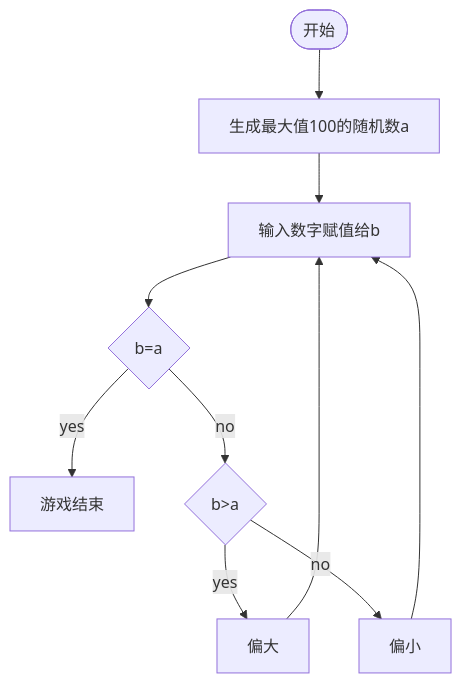
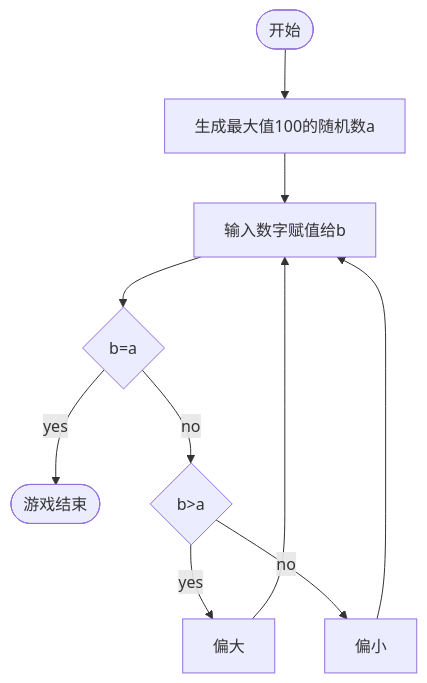
Before and after one commit to JhIcefair/Icefair-All-Game: the first of 2 diagrams in instruction.md, drawn with Mermaid. The commit also changed other lines of this file, not shown here.

````diff
--- a/instruction.md
+++ b/instruction.md
@@ -67,14 +67,14 @@
     ```mermaid
 
     graph TD
         start([开始]) --> Randa[生成最大值100的随机数a]
         Randa --> Scanfa[输入数字赋值给b]
         Scanfa --> Whilea{"b=a"}
-        Whilea -- yes --> End[游戏结束]
+        Whilea -- yes --> End([游戏结束])
         Whilea -- no --> Ifa{"b>a"}
         Ifa -- yes --> Printfa[偏大]
         Ifa -- no --> Printfb[偏小]
         Printfa --> Scanfa
         Printfb --> Scanfa
     
     ```
````
